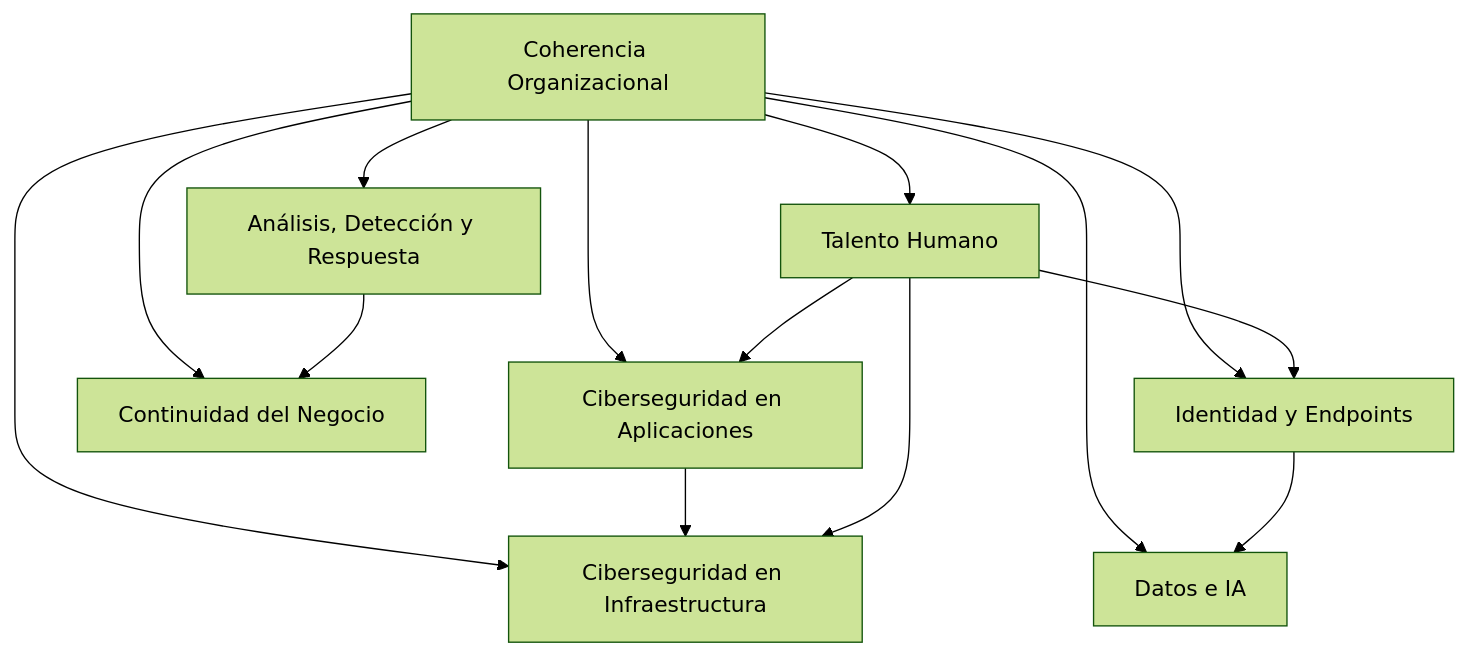
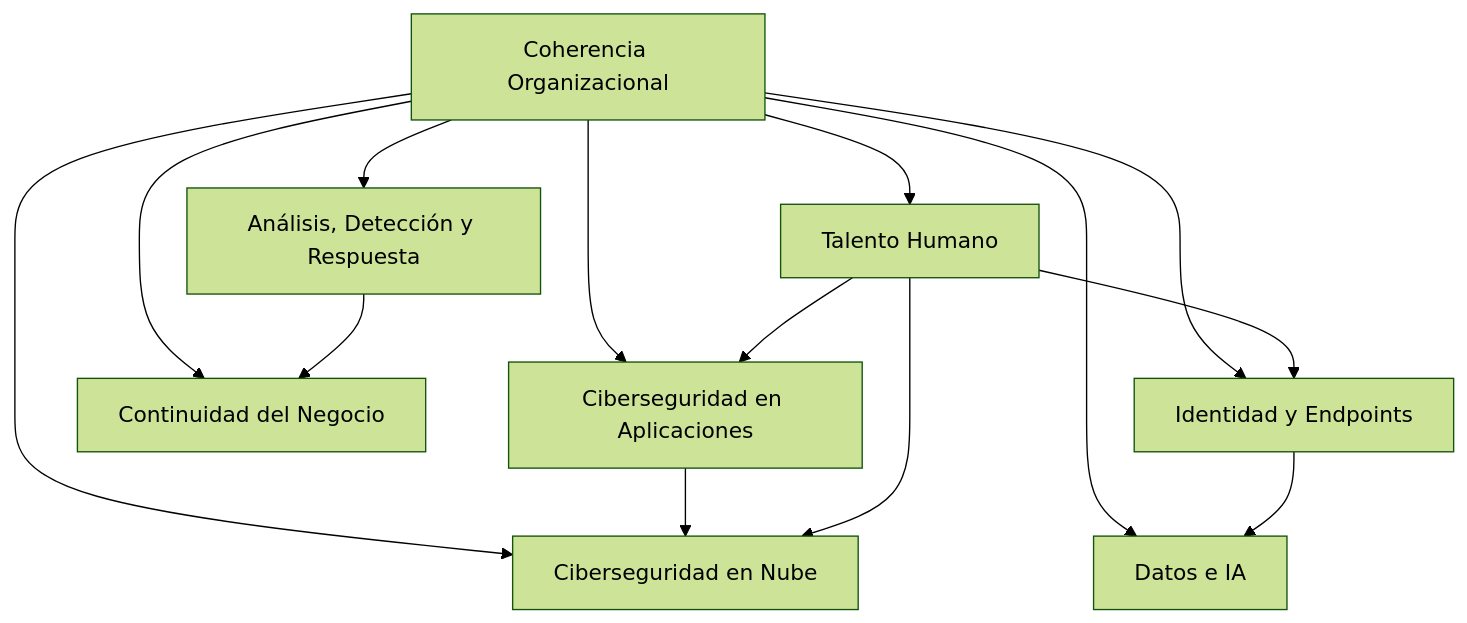
Before and after one commit to PetterVargas/divisioncero-docs: the diagram in content/docs/kudo/OSCAL/catalog.mdx, drawn with Mermaid (forest theme). The commit also changed other lines of this file and 20 other files, not shown here.

````diff
--- a/content/docs/kudo/OSCAL/catalog.mdx
+++ b/content/docs/kudo/OSCAL/catalog.mdx
@@ -220,17 +220,17 @@
 ```mermaid
 graph TD
     COR[Coherencia Organizacional] --> ADR[Análisis, Detección y Respuesta]
     COR --> CAP[Ciberseguridad en Aplicaciones]
     COR --> CCN[Continuidad del Negocio]
-    COR --> CIF[Ciberseguridad en Infraestructura]
+    COR --> CNB[Ciberseguridad en Nube]
     COR --> CIP[Identidad y Endpoints]
     COR --> DIA[Datos e IA]
     COR --> THP[Talento Humano]
     
     ADR --> CCN
-    CAP --> CIF
+    CAP --> CNB
     CIP --> DIA
     THP --> CAP
-    THP --> CIF
+    THP --> CNB
     THP --> CIP
 ```
````
